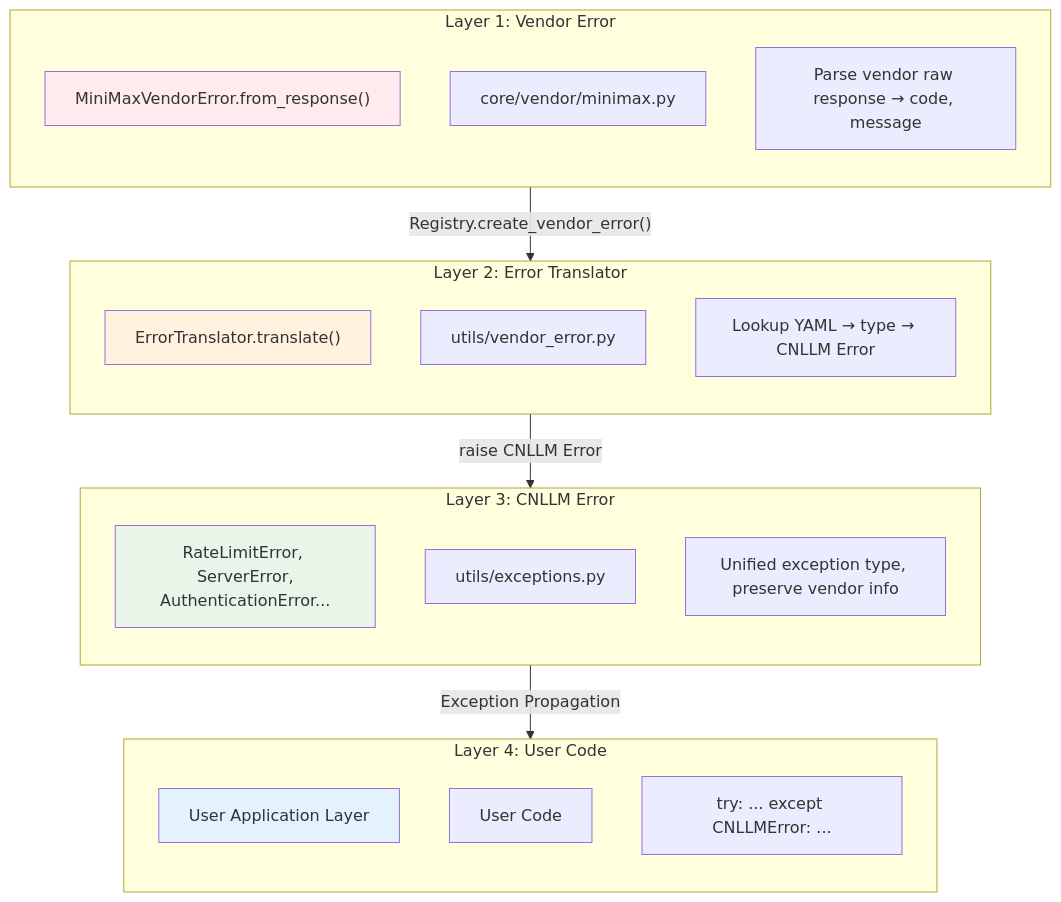
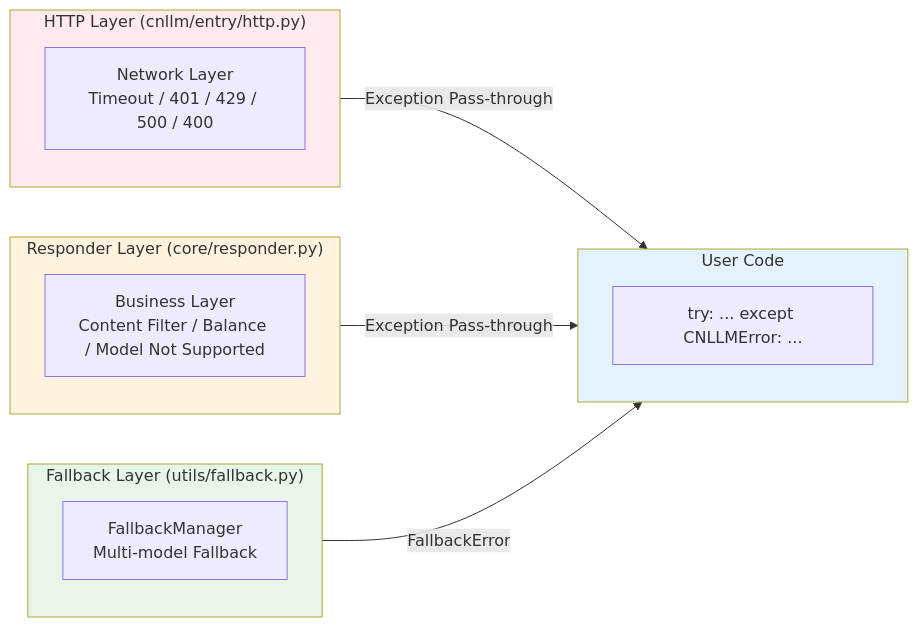
Before and after one commit to kanchengw/cnllm: the second of 3 diagrams in docs/ARCHITECTURE_en.md, drawn with Mermaid. The commit also changed 50 other files, not shown here.

````diff
--- a/docs/ARCHITECTURE_en.md
+++ b/docs/ARCHITECTURE_en.md
@@ -106,39 +106,27 @@
 ```mermaid
-flowchart TD
-    subgraph L1["Layer 1: Vendor Error"]
-        direction TB
-        V1["MiniMaxVendorError.from_response()"]
-        V1File["core/vendor/minimax.py"]
-        V1Text["Parse vendor raw response → code, message"]
+flowchart LR
+    subgraph HTTP层["HTTP Layer (cnllm/entry/http.py)"]
+        H["Network Layer\nTimeout / 401 / 429 / 500 / 400"]
     end
 
-    subgraph L2["Layer 2: Error Translator"]
-        direction TB
-        V2["ErrorTranslator.translate()"]
-        V2File["utils/vendor_error.py"]
-        V2Text["Lookup YAML → type → CNLLM Error"]
+    subgraph Responder层["Responder Layer (core/responder.py)"]
+        R["Business Layer\nContent Filter / Balance / Model Not Supported"]
     end
 
-    subgraph L3["Layer 3: CNLLM Error"]
-        direction TB
-        V3["RateLimitError, ServerError,<br/>AuthenticationError..."]
-        V3File["utils/exceptions.py"]
-        V3Text["Unified exception type, preserve vendor info"]
+    subgraph Fallback层["Fallback Layer (utils/fallback.py)"]
+        F["FallbackManager\nMulti-model Fallback"]
     end
 
-    subgraph L4["Layer 4: User Code"]
-        direction TB
-        V4["User Application Layer"]
-        V4File["User Code"]
-        V4Text["try: ... except CNLLMError: ..."]
+    subgraph 用户层["User Code"]
+        U["try: ... except CNLLMError: ..."]
     end
 
-    V1 -->|"Registry.create_vendor_error()"| V2
-    V2 -->|"raise CNLLM Error"| V3
-    V3 -->|"Exception Propagation"| V4
+    HTTP层 -->|"Exception Pass-through"| 用户层
+    Responder层 -->|"Exception Pass-through"| 用户层
+    Fallback层 -->|"FallbackError"| 用户层
 
-    style V1 fill:#ffebee
-    style V2 fill:#fff3e0
-    style V3 fill:#e8f5e9
-    style V4 fill:#e3f2fd
+    style HTTP层 fill:#ffebee
+    style Responder层 fill:#fff3e0
+    style Fallback层 fill:#e8f5e9
+    style 用户层 fill:#e3f2fd
 ```
````
